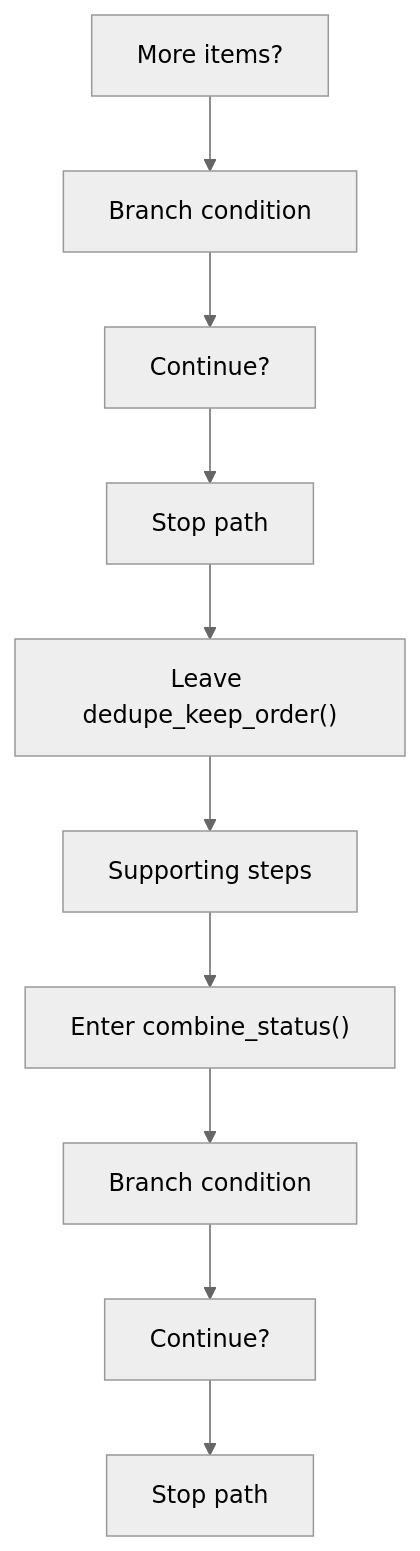
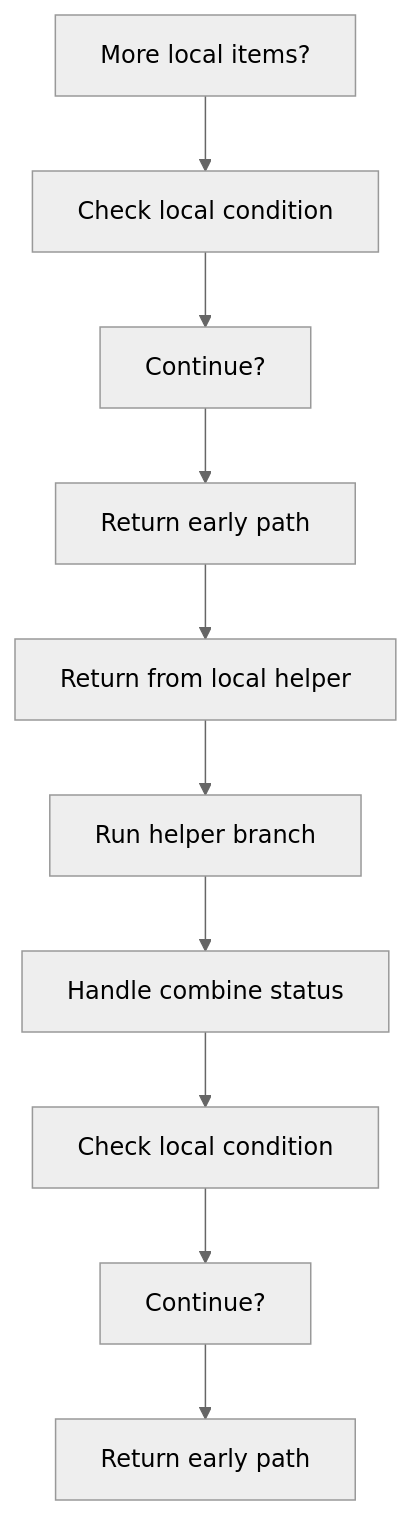
The eighth of 9 diagrams in docs/Codebase/Microservice/Modules/Source/HashingMechanism/HashLinks/Common/Flow/hash_links_common_program_flow.cpp.md (JohnAndrewBalbarosa/NeoTerritory), drawn with Mermaid (neutral theme) before and after one commit. The commit also changed other lines of this file and 925 other files, not shown here.

````diff
--- a/docs/Codebase/Microservice/Modules/Source/HashingMechanism/HashLinks/Common/Flow/hash_links_common_program_flow.cpp.md
+++ b/docs/Codebase/Microservice/Modules/Source/HashingMechanism/HashLinks/Common/Flow/hash_links_common_program_flow.cpp.md
@@ -197,22 +197,22 @@
 ```mermaid
 flowchart TD
-    N0["More items?"]
-    N1["Branch condition"]
+    N0["More local items?"]
+    N1["Check local condition"]
     N2["Continue?"]
-    N3["Stop path"]
-    N4["Leave dedupe_keep_order()"]
-    N5["Supporting steps"]
-    N6["Enter combine_status()"]
-    N7["Branch condition"]
+    N3["Return early path"]
+    N4["Return from local helper"]
+    N5["Run helper branch"]
+    N6["Handle combine status"]
+    N7["Check local condition"]
     N8["Continue?"]
-    N9["Stop path"]
+    N9["Return early path"]
     N0 --> N1
     N1 --> N2
     N2 --> N3
     N3 --> N4
     N4 --> N5
     N5 --> N6
     N6 --> N7
     N7 --> N8
     N8 --> N9
 ```
````
